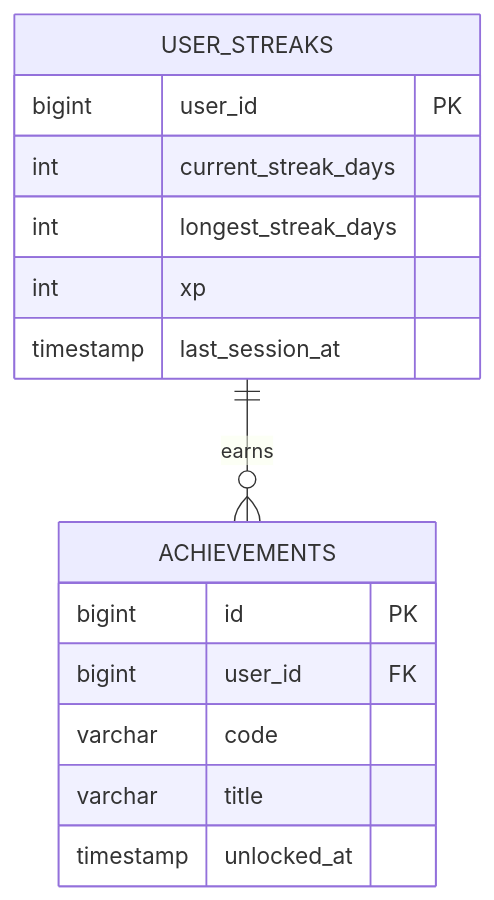
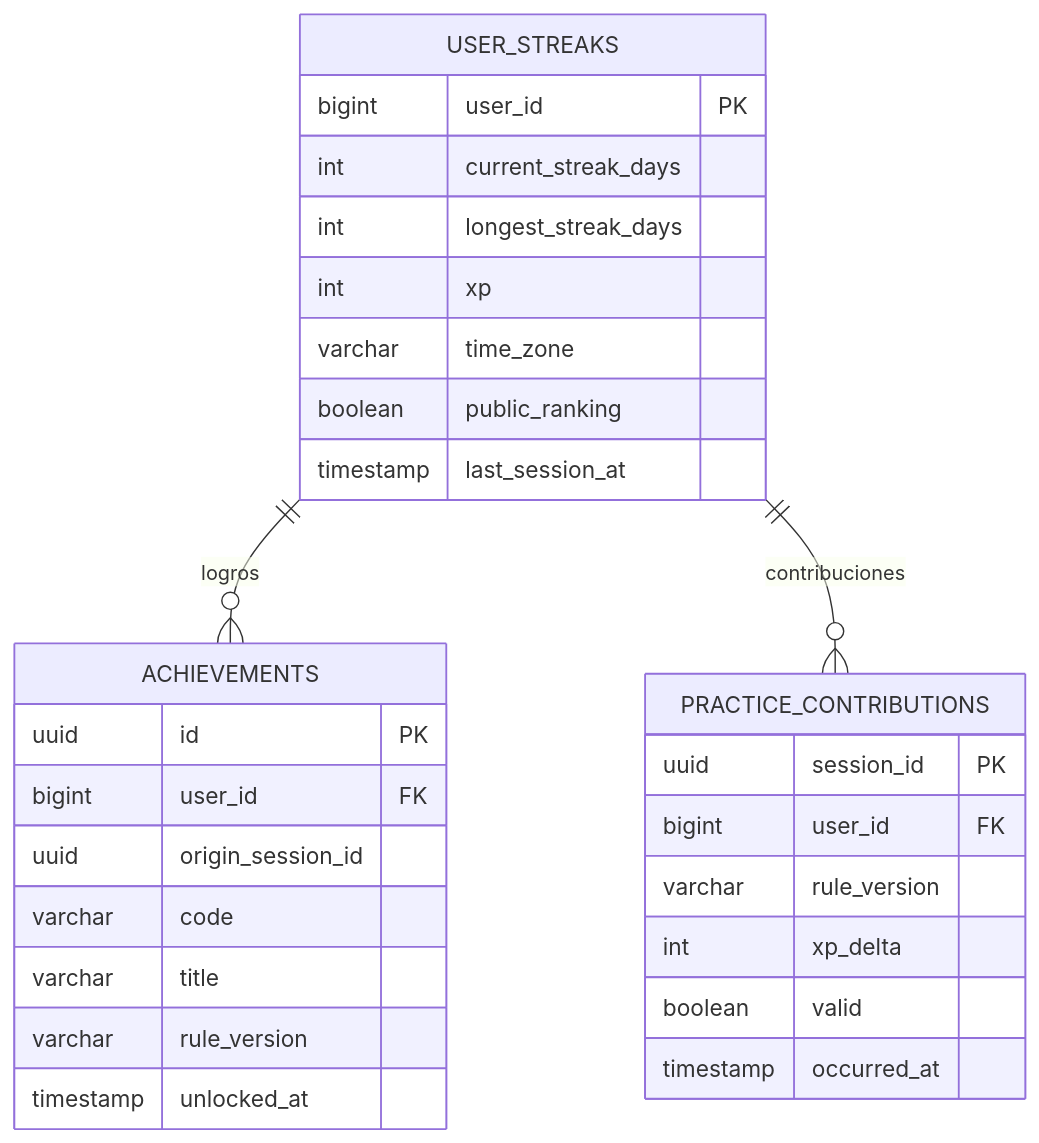
Before and after one commit to upc-pre-202620-si728-16365-thropic/talki-project-report: the diagram in assets/diagrams/tactical/07-gamification-database.mmd, drawn with Mermaid. The commit also changed 6 other files, not shown here.

```diff
--- a/assets/diagrams/tactical/07-gamification-database.mmd
+++ b/assets/diagrams/tactical/07-gamification-database.mmd
@@ -1,16 +1,29 @@
 erDiagram
-    USER_STREAKS ||--o{ ACHIEVEMENTS : earns
+    USER_STREAKS ||--o{ ACHIEVEMENTS : logros
+    USER_STREAKS ||--o{ PRACTICE_CONTRIBUTIONS : contribuciones
     USER_STREAKS {
         bigint user_id PK
         int current_streak_days
         int longest_streak_days
         int xp
+        varchar time_zone
+        boolean public_ranking
         timestamp last_session_at
     }
     ACHIEVEMENTS {
-        bigint id PK
+        uuid id PK
         bigint user_id FK
+        uuid origin_session_id
         varchar code
         varchar title
+        varchar rule_version
         timestamp unlocked_at
     }
+    PRACTICE_CONTRIBUTIONS {
+        uuid session_id PK
+        bigint user_id FK
+        varchar rule_version
+        int xp_delta
+        boolean valid
+        timestamp occurred_at
+    }
```
